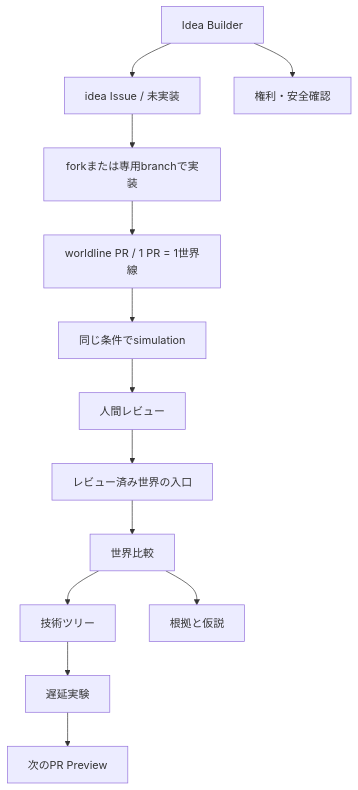
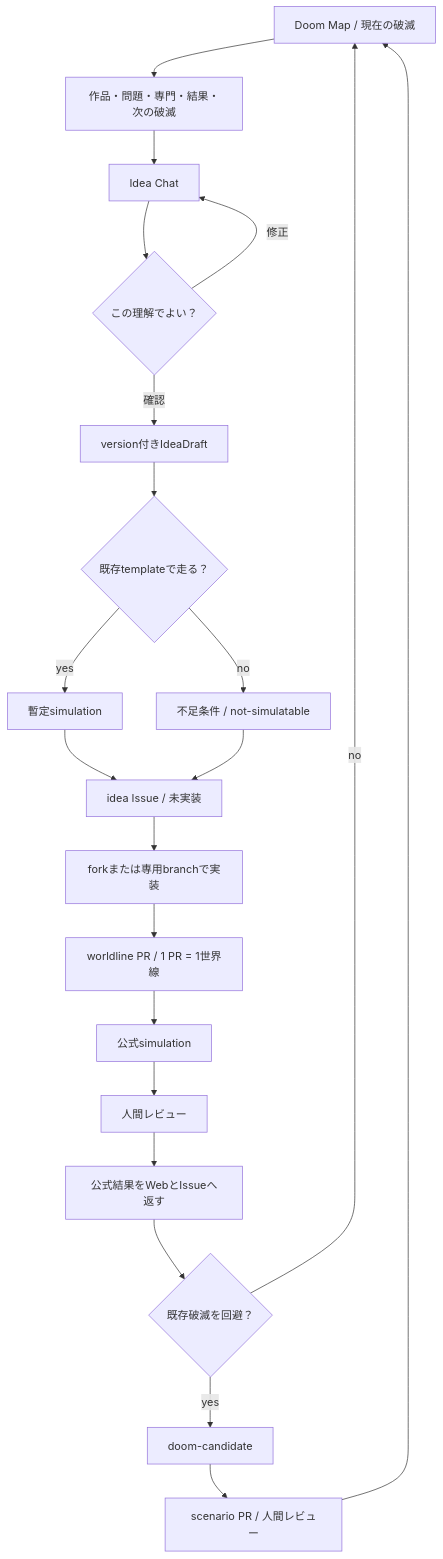
The diagram in docs/ux-flow.md (nexus-ai-2045/fiction-forks), drawn with Mermaid before and after one commit. The commit also changed other lines of this file and 8 other files, not shown here.

````diff
--- a/docs/ux-flow.md
+++ b/docs/ux-flow.md
@@ -9,15 +9,23 @@
 ```mermaid
 flowchart TD
-    idea["Idea Builder"] --> issue["idea Issue / 未実装"]
+    doom["Doom Map / 現在の破滅"] --> entry["作品・問題・専門・結果・次の破滅"]
+    entry --> chat["Idea Chat"]
+    chat --> understanding{"この理解でよい？"}
+    understanding -->|修正| chat
+    understanding -->|確認| draft["version付きIdeaDraft"]
+    draft --> preview{"既存templateで走る？"}
+    preview -->|yes| provisional["暫定simulation"]
+    preview -->|no| missing["不足条件 / not-simulatable"]
+    provisional --> issue["idea Issue / 未実装"]
+    missing --> issue
     issue --> build["forkまたは専用branchで実装"]
     build --> worldline["worldline PR / 1 PR = 1世界線"]
-    worldline --> checks["同じ条件でsimulation"]
+    worldline --> checks["公式simulation"]
     checks --> review["人間レビュー"]
-    review --> landing["レビュー済み世界の入口"]
-    landing --> compare["世界比較"]
-    compare --> tree["技術ツリー"]
-    tree --> delay["遅延実験"]
-    delay --> preview["次のPR Preview"]
-    compare --> evidence["根拠と仮説"]
-    idea --> rights["権利・安全確認"]
+    review --> result["公式結果をWebとIssueへ返す"]
+    result --> avoided{"既存破滅を回避？"}
+    avoided -->|no| doom
+    avoided -->|yes| candidate["doom-candidate"]
+    candidate --> scenario["scenario PR / 人間レビュー"]
+    scenario --> doom
 ```
````
